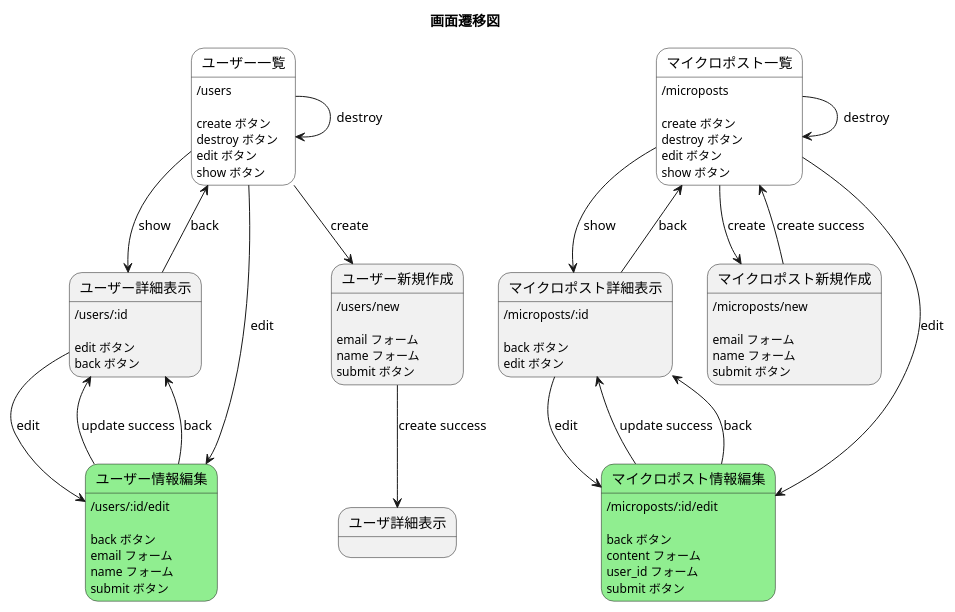
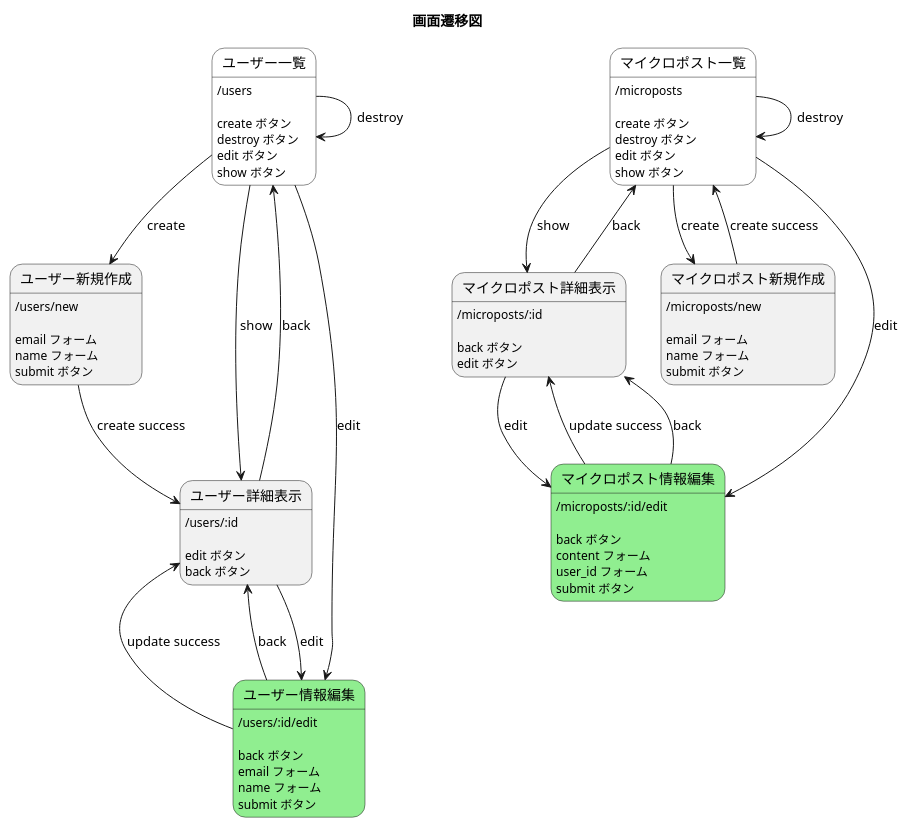
Before and after one commit to su3aki/KKmemoApp: the diagram in docs/ToyAppモデル関係図/ToyAppページ遷移と構成内容.md, drawn with PlantUML. The commit also changed 1 other file, not shown here.

Commit message:
基本設計書(users_show)

```diff
--- a/docs/ToyAppモデル関係図/ToyAppページ遷移と構成内容.md
+++ b/docs/ToyAppモデル関係図/ToyAppページ遷移と構成内容.md
@@ -47,7 +47,7 @@
 ユーザー情報編集-->ユーザー詳細表示: update success
 ユーザー情報編集-->ユーザー詳細表示: back
 
-ユーザー新規作成-->ユーザ詳細表示: create success
+ユーザー新規作成-->ユーザー詳細表示: create success
 
 state マイクロポスト一覧#FFF
 マイクロポスト一覧: /microposts
```
